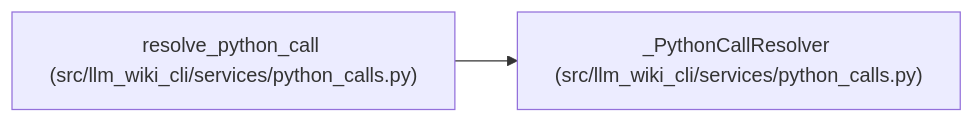
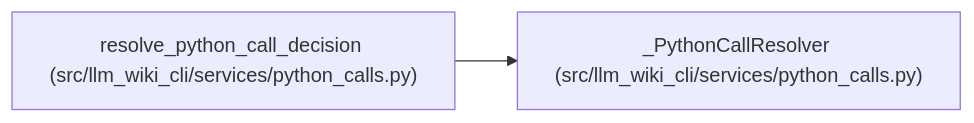
One commit to Denissvgn/python-wiki-llm changed the diagram in docs/llm_wiki/entities/PythonCallResolver.md. Above: the diagram before and after it, drawn with Mermaid. The commit also changed other lines of this file and 1410 other files, not shown here.

````diff
--- a/docs/llm_wiki/entities/PythonCallResolver.md
+++ b/docs/llm_wiki/entities/PythonCallResolver.md
@@ -28,8 +28,8 @@
 ```mermaid
 flowchart LR
     n0["_PythonCallResolver (src/llm_wiki_cli/services/python_calls.py)"]
-    n1["resolve_python_call (src/llm_wiki_cli/services/python_calls.py)"]
+    n1["resolve_python_call_decision (src/llm_wiki_cli/services/python_calls.py)"]
     n1 --> n0
     click n0 "../modules/python_calls.md"
     click n1 "../modules/python_calls.md"
 ```
````
